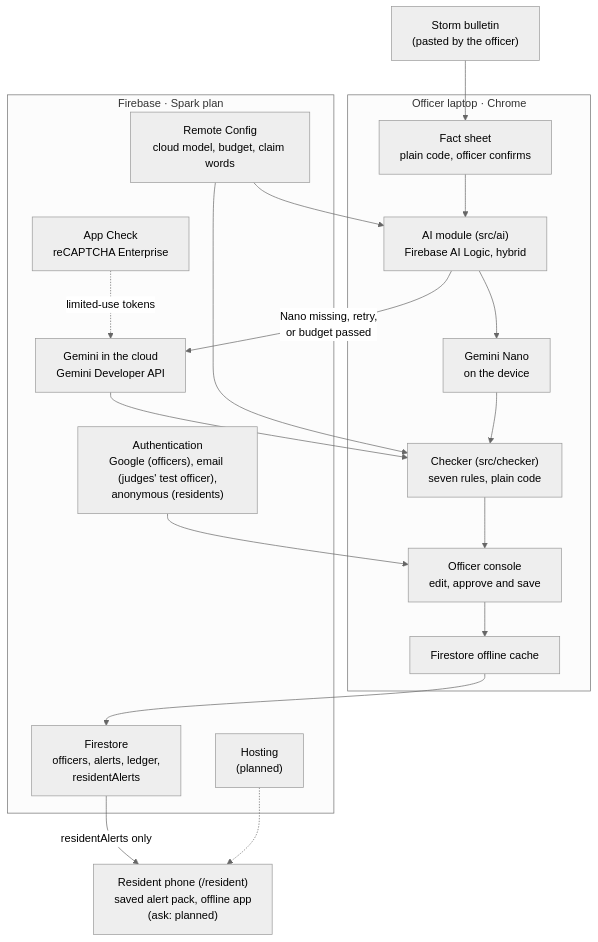
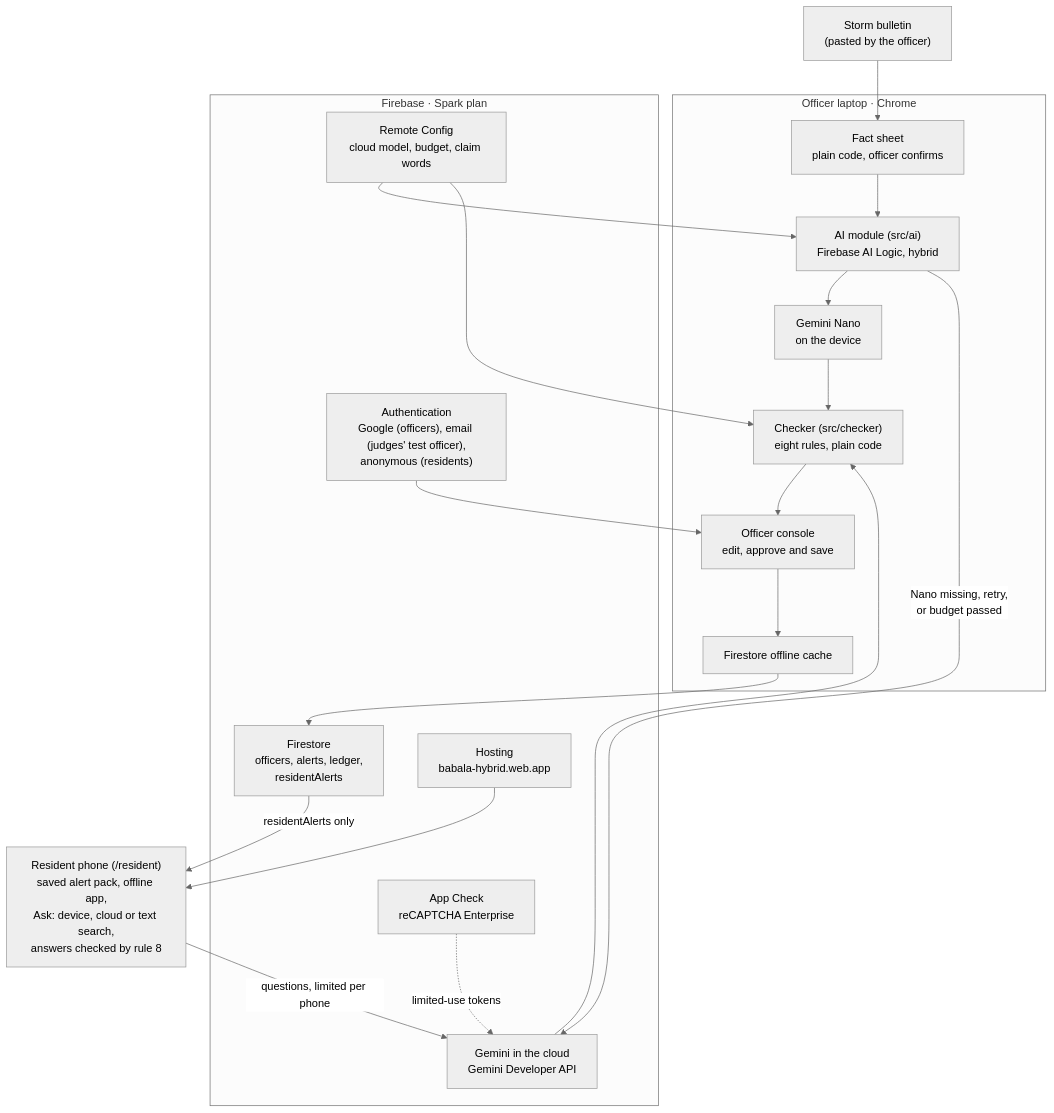
The diagram in docs/architecture.md (pimcabanlit/babala), drawn with Mermaid (neutral theme) before and after one commit. The commit also changed other lines of this file and 31 other files, not shown here.

First line of the commit message:
Answer residents' questions on the device, in the cloud or by text search

````diff
--- a/docs/architecture.md
+++ b/docs/architecture.md
@@ -9,40 +9,41 @@
 ```mermaid
 flowchart TB
     bulletin["Storm bulletin<br/>(pasted by the officer)"]
 
     subgraph laptop["Officer laptop · Chrome"]
         facts["Fact sheet<br/>plain code, officer confirms"]
         ai["AI module (src/ai)<br/>Firebase AI Logic, hybrid"]
         nano["Gemini Nano<br/>on the device"]
-        checker["Checker (src/checker)<br/>seven rules, plain code"]
+        checker["Checker (src/checker)<br/>eight rules, plain code"]
         console["Officer console<br/>edit, approve and save"]
         cache["Firestore offline cache"]
     end
 
     subgraph firebase["Firebase · Spark plan"]
         cloud["Gemini in the cloud<br/>Gemini Developer API"]
         appcheck["App Check<br/>reCAPTCHA Enterprise"]
         auth["Authentication<br/>Google (officers), email (judges' test officer),<br/>anonymous (residents)"]
         rc["Remote Config<br/>cloud model, budget, claim words"]
         fs["Firestore<br/>officers, alerts, ledger,<br/>residentAlerts"]
-        hosting["Hosting<br/>(planned)"]
+        hosting["Hosting<br/>babala-hybrid.web.app"]
     end
 
-    phone["Resident phone (/resident)<br/>saved alert pack, offline app<br/>(ask: planned)"]
+    phone["Resident phone (/resident)<br/>saved alert pack, offline app,<br/>Ask: device, cloud or text search,<br/>answers checked by rule 8"]
 
     bulletin --> facts
     facts --> ai
     ai --> nano
     ai -->|"Nano missing, retry,<br/>or budget passed"| cloud
     appcheck -.->|"limited-use tokens"| cloud
     nano --> checker
     cloud --> checker
     checker --> console
     rc --> ai
     rc --> checker
     auth --> console
     console --> cache
     cache --> fs
     fs -->|"residentAlerts only"| phone
-    hosting -.-> phone
+    hosting --> phone
+    phone -->|"questions, limited per phone"| cloud
 ```
````
